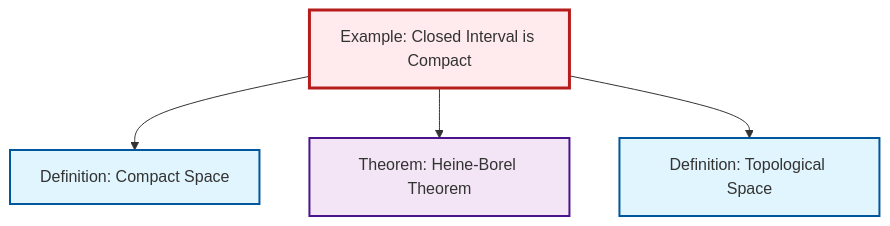
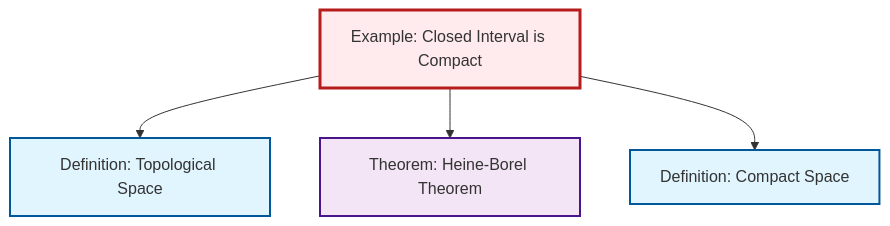
Before and after one commit to RK0429/ModernMath: the diagram in content/en/topology/ex-closed-interval-compact.qmd, drawn with Mermaid. The commit also changed other lines of this file and 554 other files, not shown here.

````diff
--- a/content/en/topology/ex-closed-interval-compact.qmd
+++ b/content/en/topology/ex-closed-interval-compact.qmd
@@ -54,20 +54,20 @@
 ```{mermaid}
 %%| fig-cap: "Local dependency graph"
 graph TD
     classDef definition fill:#e1f5fe,stroke:#01579b,stroke-width:2px
     classDef theorem fill:#f3e5f5,stroke:#4a148c,stroke-width:2px
     classDef axiom fill:#fff3e0,stroke:#e65100,stroke-width:2px
     classDef example fill:#e8f5e9,stroke:#1b5e20,stroke-width:2px
     classDef current fill:#ffebee,stroke:#b71c1c,stroke-width:3px
+    def-compact["Definition: Compact Space"]:::definition
     ex-closed-interval-compact["Example: Closed Interval is Compact"]:::example
+    def-topological-space["Definition: Topological Space"]:::definition
     thm-heine-borel["Theorem: Heine-Borel Theorem"]:::theorem
-    def-compact["Definition: Compact Space"]:::definition
-    def-topological-space["Definition: Topological Space"]:::definition
+    ex-closed-interval-compact --> def-topological-space
+    ex-closed-interval-compact --> thm-heine-borel
     ex-closed-interval-compact --> def-compact
-    ex-closed-interval-compact --> thm-heine-borel
-    ex-closed-interval-compact --> def-topological-space
     class ex-closed-interval-compact current
-    click thm-heine-borel "thm-heine-borel.html" "Go to Heine-Borel Theorem theorem"
     click def-compact "def-compact.html" "Go to Compact Space definition"
     click def-topological-space "def-topological-space.html" "Go to Topological Space definition"
+    click thm-heine-borel "thm-heine-borel.html" "Go to Heine-Borel Theorem theorem"
 ```
````
